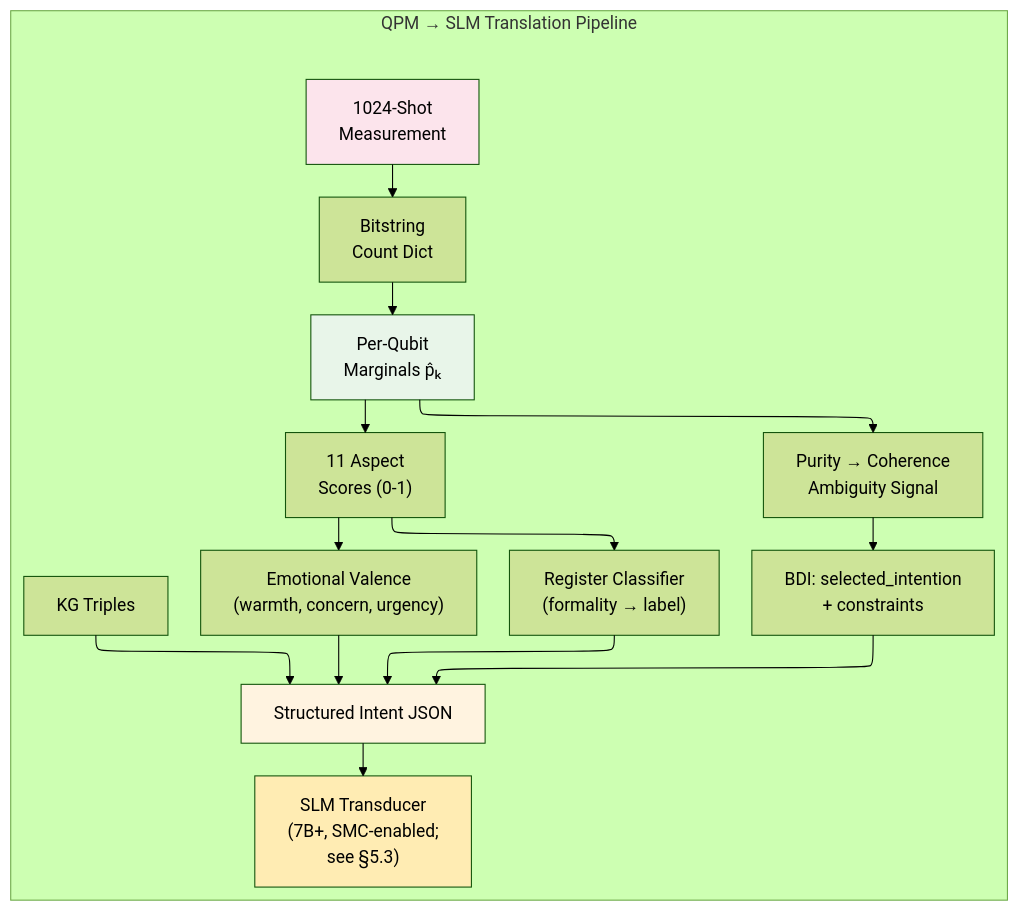
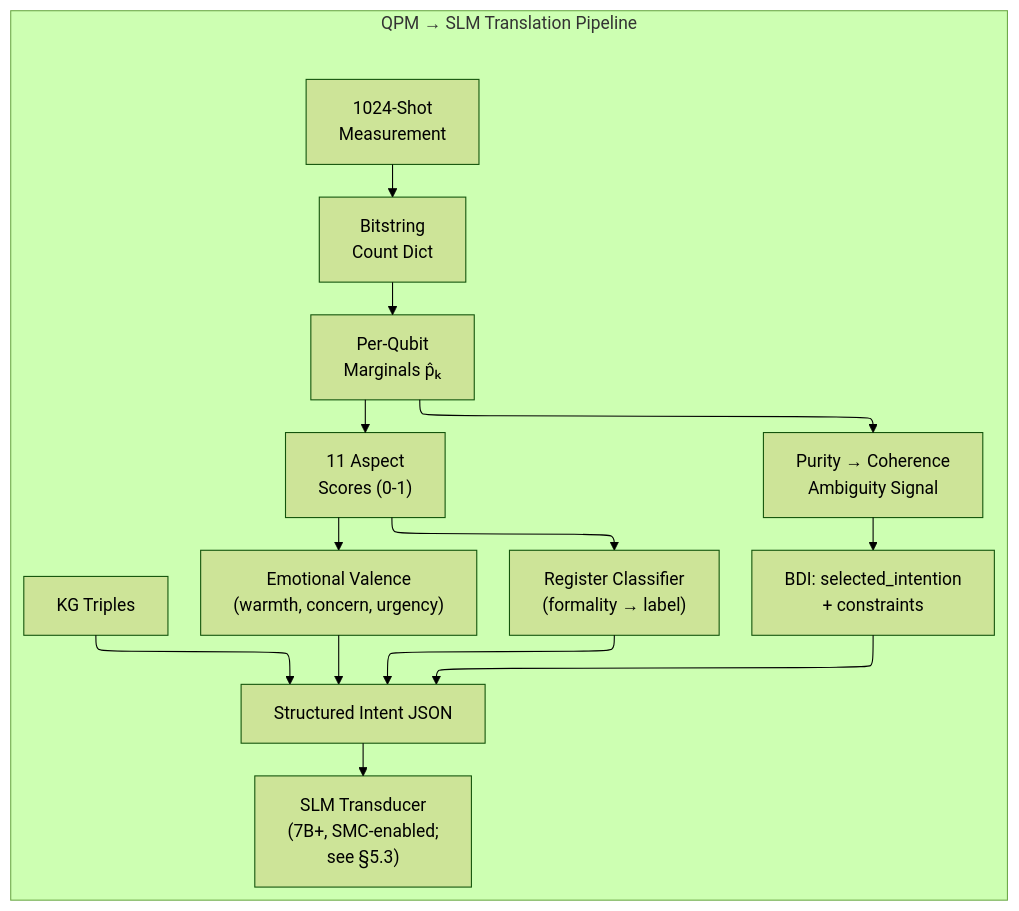
The seventh of 18 diagrams in Centaurian_Hybrid_Architecture_v3.md (JustForCodin/Centaurian_Architecture_Implementation), drawn with Mermaid (forest theme) before and after one commit. The commit also changed other lines of this file, not shown here.

First line of the commit message:
v3 paper: node-graph rendering, Phase 1/2 domain split, persona-coherence reframe

````diff
--- a/Centaurian_Hybrid_Architecture_v3.md
+++ b/Centaurian_Hybrid_Architecture_v3.md
@@ -775,22 +757,18 @@
 ```mermaid
 %%{init: {"flowchart": {"defaultRenderer": "elk"}} }%%
 graph TD
     subgraph "QPM → SLM Translation Pipeline"
         SHOTS["1024-Shot<br/>Measurement"] --> COUNTS["Bitstring<br/>Count Dict"]
         COUNTS --> MARGINALS["Per-Qubit<br/>Marginals p̂ₖ"]
         MARGINALS --> ASPECT_SCORES["11 Aspect<br/>Scores (0-1)"]
         MARGINALS --> COHERENCE["Purity → Coherence<br/>Ambiguity Signal"]
         ASPECT_SCORES --> VALENCE["Emotional Valence<br/>(warmth, concern, urgency)"]
         ASPECT_SCORES --> REGISTER["Register Classifier<br/>(formality → label)"]
         VALENCE --> JSON_OUT["Structured Intent JSON"]
         REGISTER --> JSON_OUT
         BDI_OUT["BDI: selected_intention<br/>+ constraints"] --> JSON_OUT
         KG_OUT["KG Triples"] --> JSON_OUT
         COHERENCE --> BDI_OUT
         JSON_OUT --> SLM["SLM Transducer<br/>(7B+, SMC-enabled;<br/>see §5.3)"]
     end
-    style SHOTS fill:#fce4ec
-    style MARGINALS fill:#e8f5e9
-    style JSON_OUT fill:#fff3e0
-    style SLM fill:#ffecb3
 ```
````
